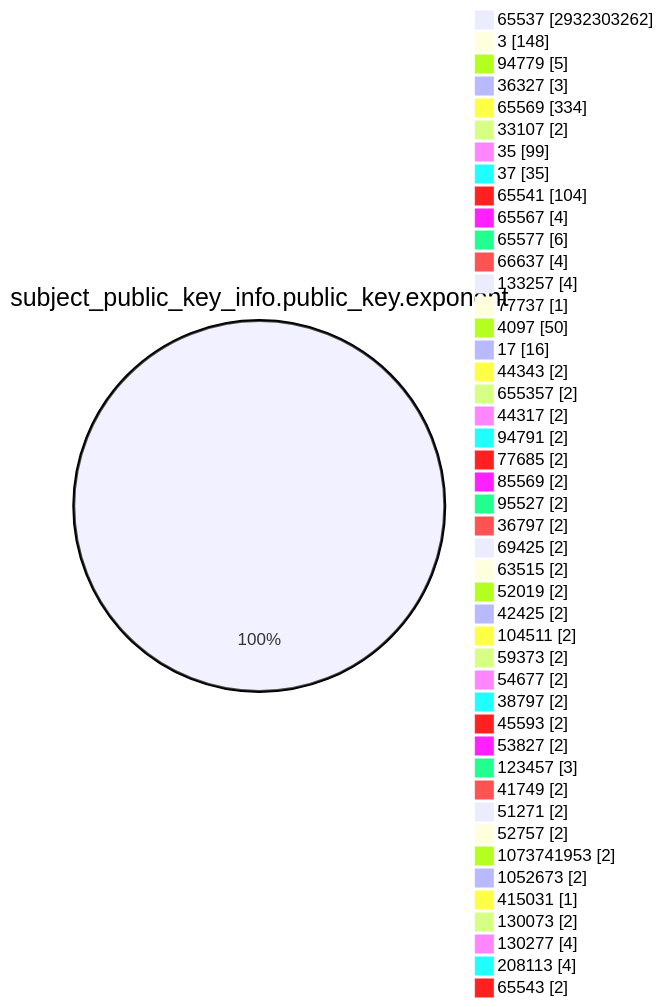
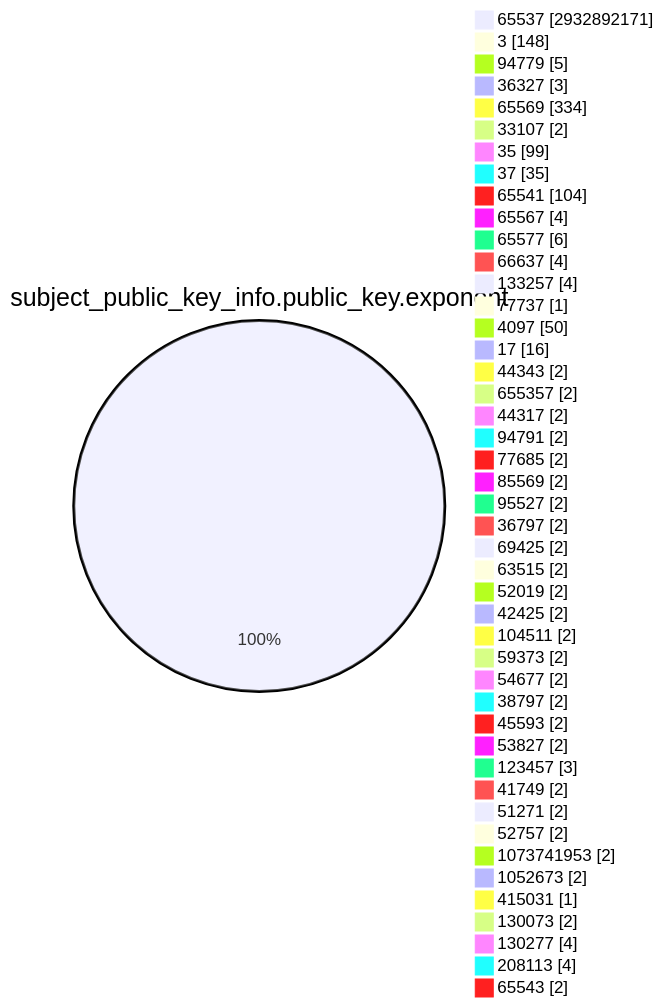
Before and after one commit to christiankrug/ctmonitor_visualization: the fourth of 15 diagrams in TOTAL/README.md, drawn with Mermaid. The commit also changed other lines of this file, not shown here.

````diff
--- a/TOTAL/README.md
+++ b/TOTAL/README.md
@@ -1470,49 +1470,49 @@
 ```mermaid
 pie showData
 title subject_public_key_info.public_key.exponent
-"65537" :2932303262
+"65537" :2932892171
 "3" :148
 "94779" :5
 "36327" :3
 "65569" :334
 "33107" :2
 "35" :99
 "37" :35
 "65541" :104
 "65567" :4
 "65577" :6
 "66637" :4
 "133257" :4
 "77737" :1
 "4097" :50
 "17" :16
 "44343" :2
 "655357" :2
 "44317" :2
 "94791" :2
 "77685" :2
 "85569" :2
 "95527" :2
 "36797" :2
 "69425" :2
 "63515" :2
 "52019" :2
 "42425" :2
 "104511" :2
 "59373" :2
 "54677" :2
 "38797" :2
 "45593" :2
 "53827" :2
 "123457" :3
 "41749" :2
 "51271" :2
 "52757" :2
 "1073741953" :2
 "1052673" :2
 "415031" :1
 "130073" :2
 "130277" :4
 "208113" :4
 "65543" :2
 ```
````
